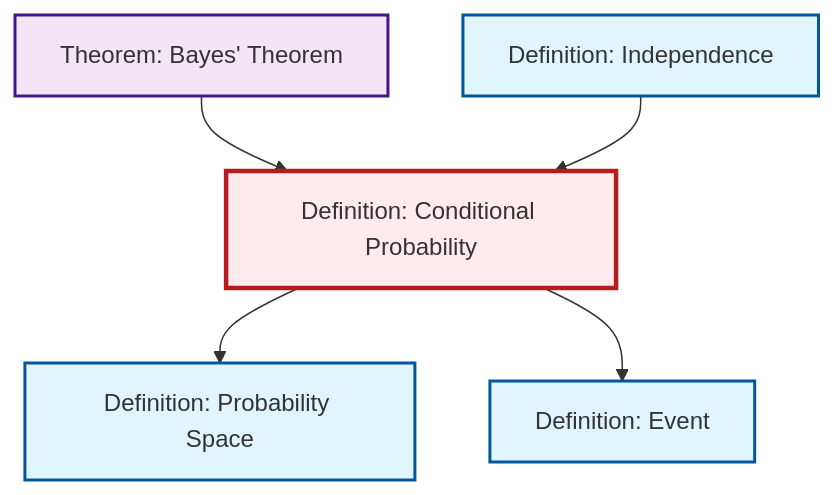
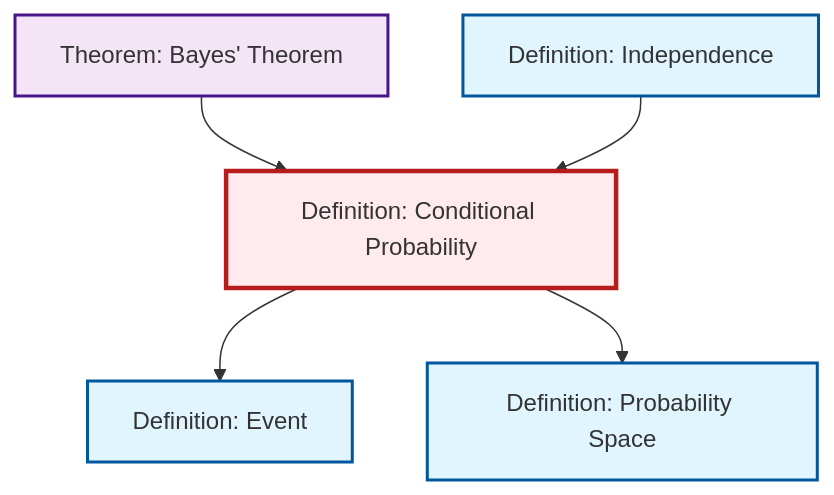
Before and after one commit to RK0429/ModernMath: the diagram in content/en/probability-statistics/def-conditional-probability.qmd, drawn with Mermaid. The commit also changed other lines of this file and 597 other files, not shown here.

````diff
--- a/content/en/probability-statistics/def-conditional-probability.qmd
+++ b/content/en/probability-statistics/def-conditional-probability.qmd
@@ -69,23 +69,23 @@
 ```{mermaid}
 %%| fig-cap: "Local dependency graph"
 graph TD
     classDef definition fill:#e1f5fe,stroke:#01579b,stroke-width:2px
     classDef theorem fill:#f3e5f5,stroke:#4a148c,stroke-width:2px
     classDef axiom fill:#fff3e0,stroke:#e65100,stroke-width:2px
     classDef example fill:#e8f5e9,stroke:#1b5e20,stroke-width:2px
     classDef current fill:#ffebee,stroke:#b71c1c,stroke-width:3px
+    thm-bayes["Theorem: Bayes' Theorem"]:::theorem
     def-probability-space["Definition: Probability Space"]:::definition
+    def-conditional-probability["Definition: Conditional Probability"]:::definition
     def-independence["Definition: Independence"]:::definition
-    thm-bayes["Theorem: Bayes' Theorem"]:::theorem
     def-event["Definition: Event"]:::definition
-    def-conditional-probability["Definition: Conditional Probability"]:::definition
+    def-conditional-probability --> def-event
+    thm-bayes --> def-conditional-probability
     def-conditional-probability --> def-probability-space
-    thm-bayes --> def-conditional-probability
-    def-conditional-probability --> def-event
     def-independence --> def-conditional-probability
     class def-conditional-probability current
+    click thm-bayes "thm-bayes.html" "Go to Bayes' Theorem theorem"
     click def-probability-space "def-probability-space.html" "Go to Probability Space definition"
     click def-independence "def-independence.html" "Go to Independence definition"
-    click thm-bayes "thm-bayes.html" "Go to Bayes' Theorem theorem"
     click def-event "def-event.html" "Go to Event definition"
 ```
````
